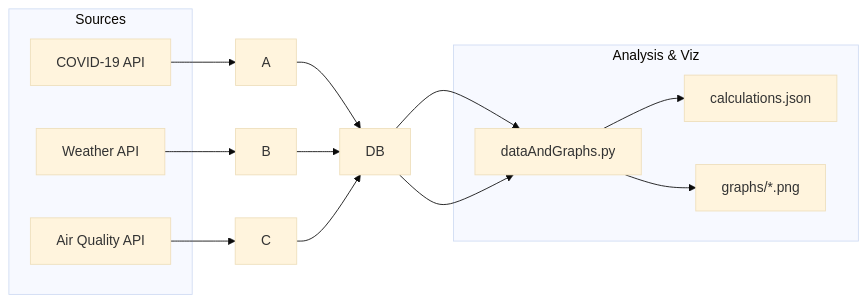
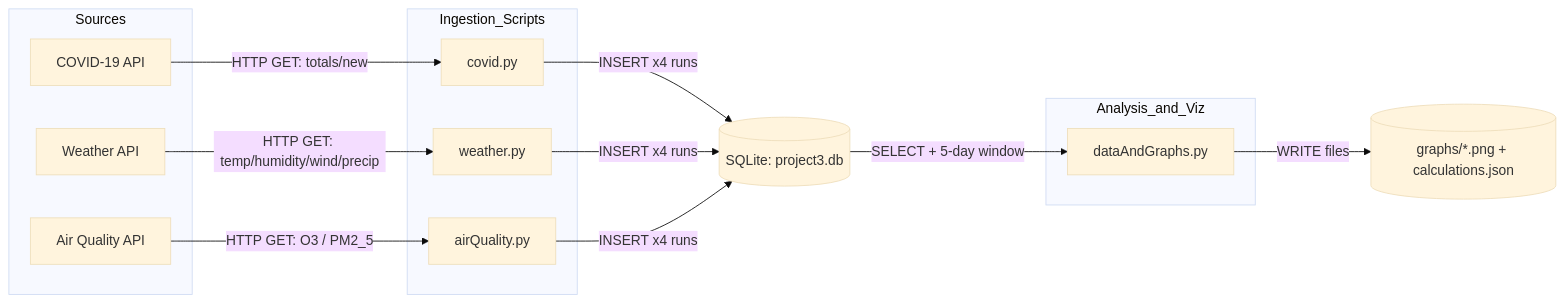
The diagram in README.md (londynj/tchassignmnent), drawn with Mermaid (base theme) before and after one commit. The commit also changed other lines of this file, not shown here.

````diff
--- a/README.md
+++ b/README.md
@@ -89,22 +167,34 @@
 ```mermaid
 flowchart LR
   subgraph Sources
     COV[COVID-19 API]
     WX[Weather API]
     AQ[Air Quality API]
   end
 
-
-  subgraph Analysis & Viz
-    D[dataAndGraphs.py]
-    JSON[calculations.json]
-    PNG[graphs/*.png]
+  subgraph Ingestion_Scripts
+    A[covid.py]
+    B[weather.py]
+    C[airQuality.py]
   end
 
-  COV --> A --> DB
-  WX  --> B --> DB
-  AQ  --> C --> DB
-  DB  --> D --> JSON
-  DB  --> D --> PNG
+  DB[(SQLite: project3.db)]
+
+  subgraph Analysis_and_Viz
+    D[dataAndGraphs.py]
+  end
+
+  OUT[(graphs/*.png + calculations.json)]
+
+  COV -- "HTTP GET: totals/new" --> A
+  WX  -- "HTTP GET: temp/humidity/wind/precip" --> B
+  AQ  -- "HTTP GET: O3 / PM2_5" --> C
+
+  A -- "INSERT x4 runs" --> DB
+  B -- "INSERT x4 runs" --> DB
+  C -- "INSERT x4 runs" --> DB
+
+  DB -- "SELECT + 5-day window" --> D
+  D  -- "WRITE files" --> OUT
 
 ```
````
